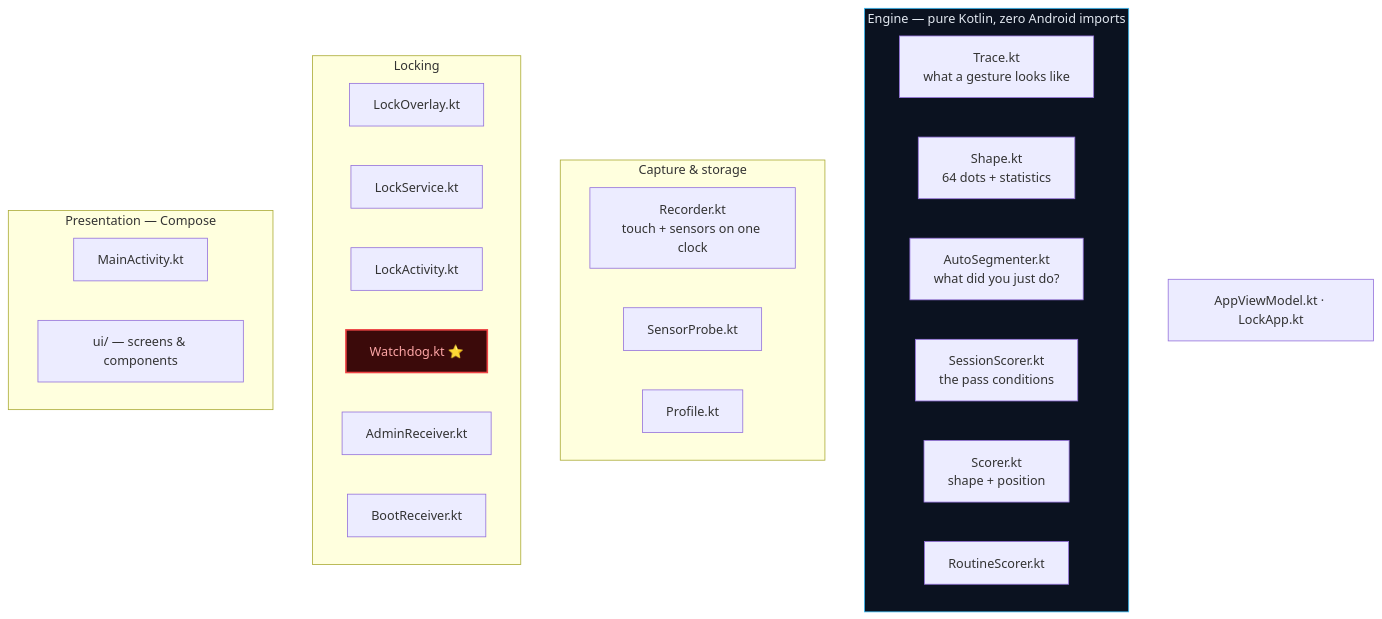
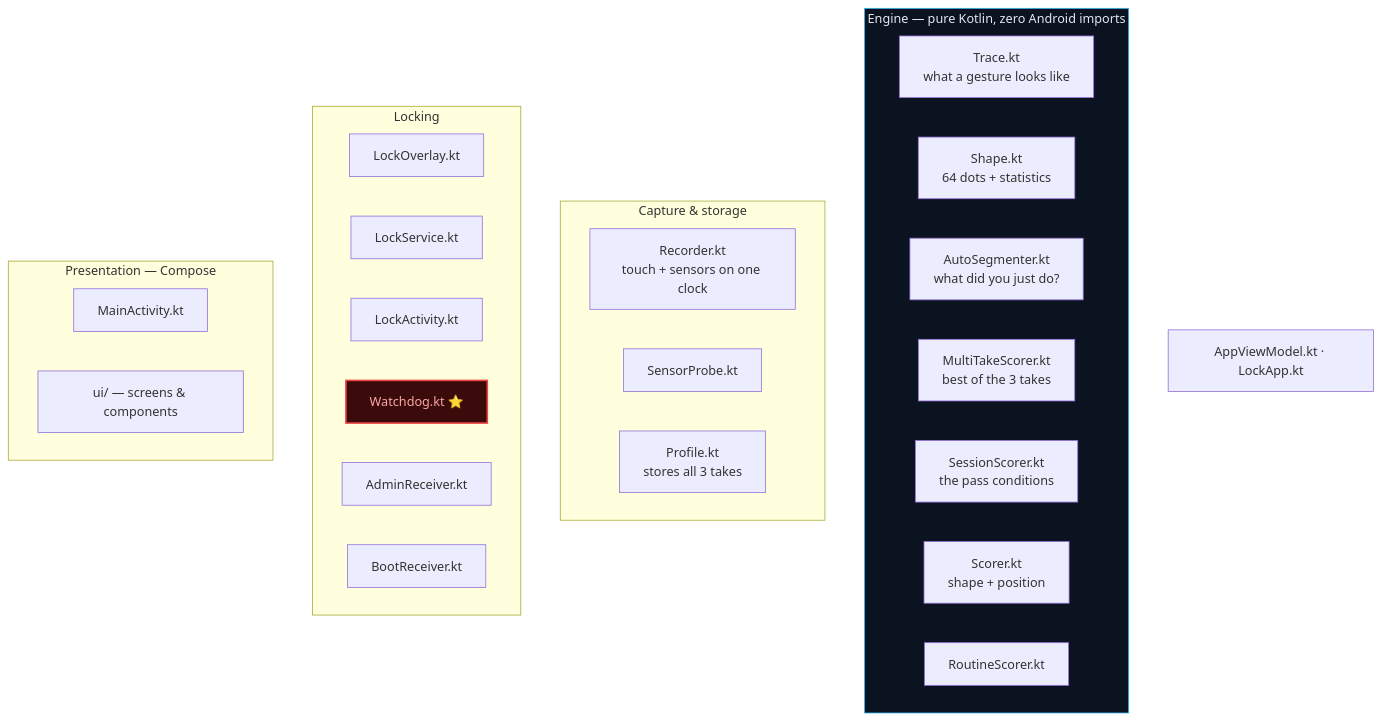
Before and after one commit to MITHUNMITS/behavioral-lock: diagram 12 of 12 in README.md, drawn with Mermaid. The commit also changed other lines of this file, not shown here.

First line of the commit message:
README: multi-take enrolment, and every diagram brought up to date

````diff
--- a/README.md
+++ b/README.md
@@ -589,31 +697,32 @@
 ```mermaid
 flowchart TB
     subgraph CORE["Engine — pure Kotlin, zero Android imports"]
         T["Trace.kt<br/>what a gesture looks like"]
         SH["Shape.kt<br/>64 dots + statistics"]
         AS["AutoSegmenter.kt<br/>what did you just do?"]
+        MT["MultiTakeScorer.kt<br/>best of the 3 takes"]
         SS["SessionScorer.kt<br/>the pass conditions"]
         SC["Scorer.kt<br/>shape + position"]
         RS2["RoutineScorer.kt"]
     end
     subgraph IO["Capture & storage"]
         RC["Recorder.kt<br/>touch + sensors on one clock"]
         SP2["SensorProbe.kt"]
-        PF["Profile.kt"]
+        PF["Profile.kt<br/>stores all 3 takes"]
     end
     subgraph LOCK2["Locking"]
         LO2["LockOverlay.kt"]
         LS2["LockService.kt"]
         LA2["LockActivity.kt"]
         WD2["Watchdog.kt ⭐"]
         AD["AdminReceiver.kt"]
         BR["BootReceiver.kt"]
     end
     subgraph UI2["Presentation — Compose"]
         MA2["MainActivity.kt"]
         UIF["ui/ — screens & components"]
     end
     APP["AppViewModel.kt · LockApp.kt"]
     style CORE fill:#0B1220,color:#E2E8F0,stroke:#38BDF8
     style WD2 fill:#3B0A0A,color:#FCA5A5,stroke:#EF4444,stroke-width:2px
 ```
````
